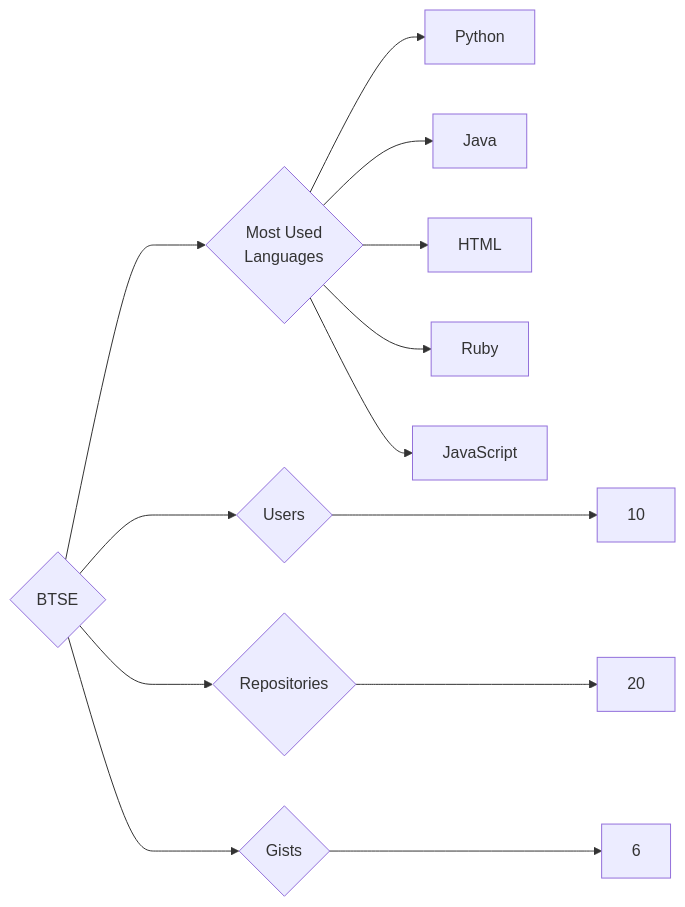
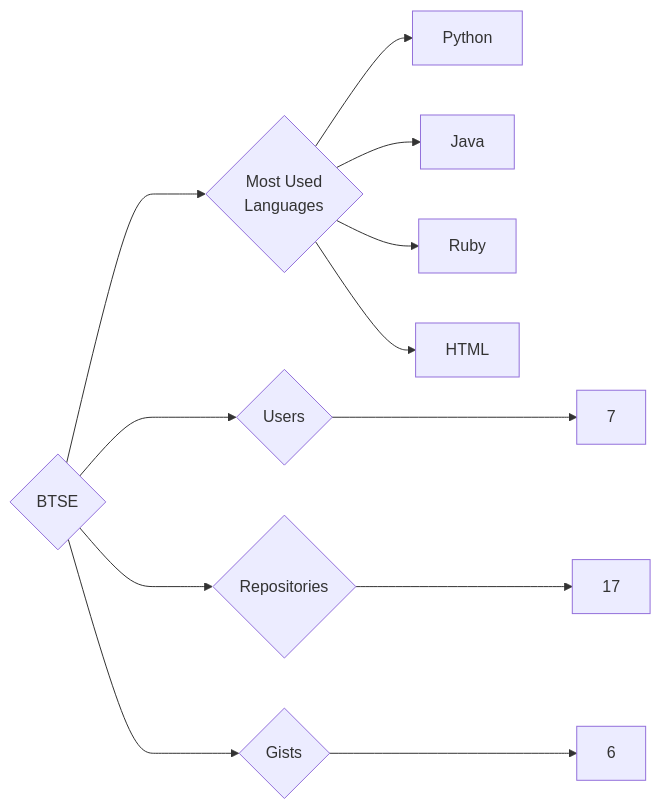
One commit to trickest/insiders changed the diagram in targets/BTSE/README.md. Above: the diagram before and after it, drawn with Mermaid. The commit also changed 993 other files, not shown here.

````diff
--- a/targets/BTSE/README.md
+++ b/targets/BTSE/README.md
@@ -3,13 +3,12 @@
 ```mermaid
 graph LR
 COMPANY_NAME{BTSE}
-COMPANY_NAME ---> U{Users} ---> UN[10]
-COMPANY_NAME ---> R{Repositories} ---> RN[20]
+COMPANY_NAME ---> U{Users} ---> UN[7]
+COMPANY_NAME ---> R{Repositories} ---> RN[17]
 COMPANY_NAME ---> G{Gists} ---> GN[6]
 COMPANY_NAME ---> ML{Most Used<br>Languages}
 ML --> Python[Python]
 ML --> Java[Java]
+ML --> Ruby[Ruby]
 ML --> HTML[HTML]
-ML --> Ruby[Ruby]
-ML --> JavaScript[JavaScript]
 ```
````
